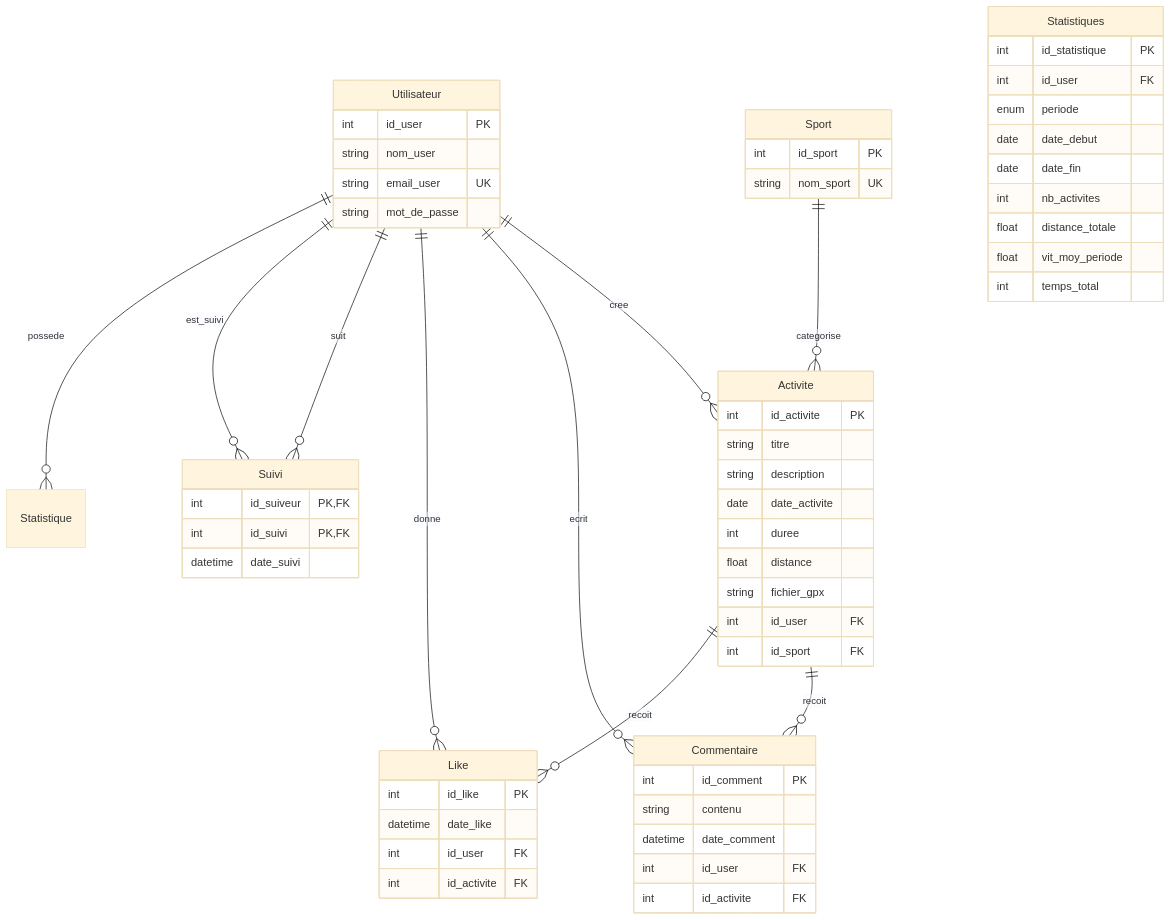
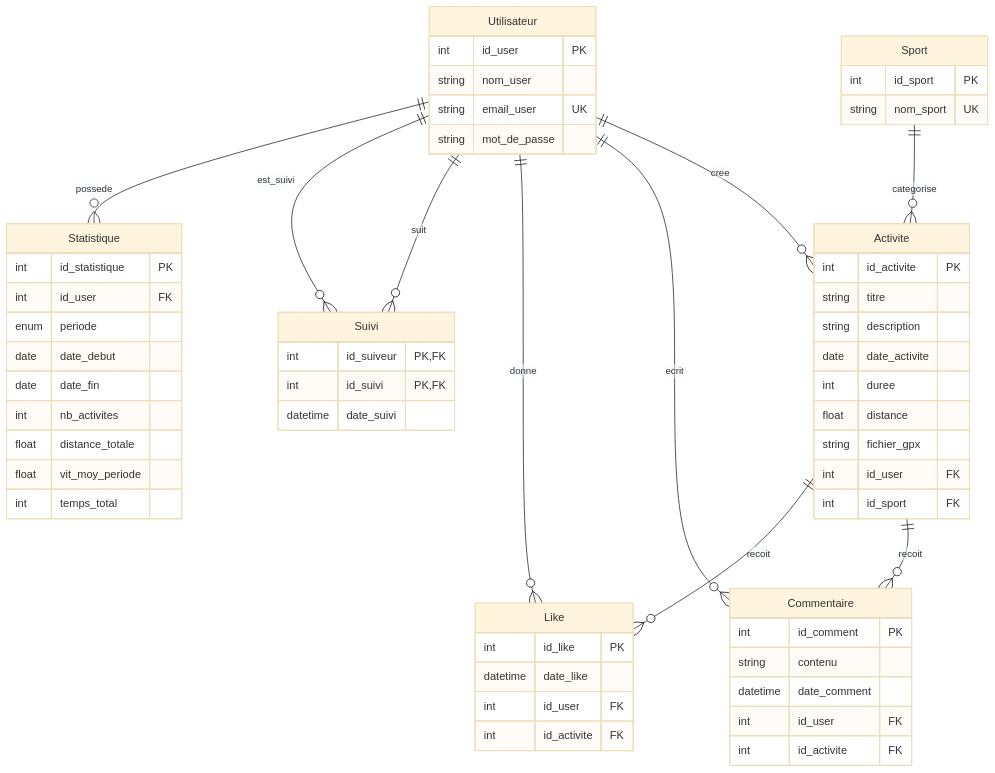
One commit to TeodoraHub/Info-2A-Strava changed the diagram in doc/modèle_physique_données.md. Above: the diagram before and after it, drawn with Mermaid (base theme). The commit also changed other lines of this file, not shown here.

````diff
--- a/doc/modèle_physique_données.md
+++ b/doc/modèle_physique_données.md
@@ -1,74 +2,80 @@
 ```mermaid
 erDiagram
+    %% Table principale des utilisateurs
     Utilisateur {
         int id_user PK
         string nom_user
         string email_user UK
         string mot_de_passe
     }
     
+    %% Table des sports (référentiel)
     Sport {
         int id_sport PK
         string nom_sport UK
     }
     
+    %% Table centrale des activités
     Activite {
         int id_activite PK
         string titre
         string description
         date date_activite
         int duree
         float distance
         string fichier_gpx
         int id_user FK
         int id_sport FK
     }
     
+    %% Tables d'interaction sociale
     Commentaire {
         int id_comment PK
         string contenu
         datetime date_comment
         int id_user FK
         int id_activite FK
     }
     
     Like {
         int id_like PK
         datetime date_like
         int id_user FK
         int id_activite FK
     }
     
+    %% Table de relation utilisateur-utilisateur
     Suivi {
         int id_suiveur PK,FK
         int id_suivi PK,FK
         datetime date_suivi
     }
     
-    Statistiques {
+    %% Table des statistiques
+    Statistique {
         int id_statistique PK
         int id_user FK
         enum periode
         date date_debut
         date date_fin
         int nb_activites
         float distance_totale
         float vit_moy_periode
         int temps_total
     }
 
     %% Relations principales
     Utilisateur ||--o{ Activite : cree
     Sport ||--o{ Activite : categorise
     
     %% Relations d'interaction
     Utilisateur ||--o{ Commentaire : ecrit
     Utilisateur ||--o{ Like : donne
     Activite ||--o{ Commentaire : recoit
     Activite ||--o{ Like : recoit
     
     %% Relations de suivi et statistiques
     Utilisateur ||--o{ Suivi : suit
     Utilisateur ||--o{ Suivi : est_suivi
     Utilisateur ||--o{ Statistique : possede
 ```
````
